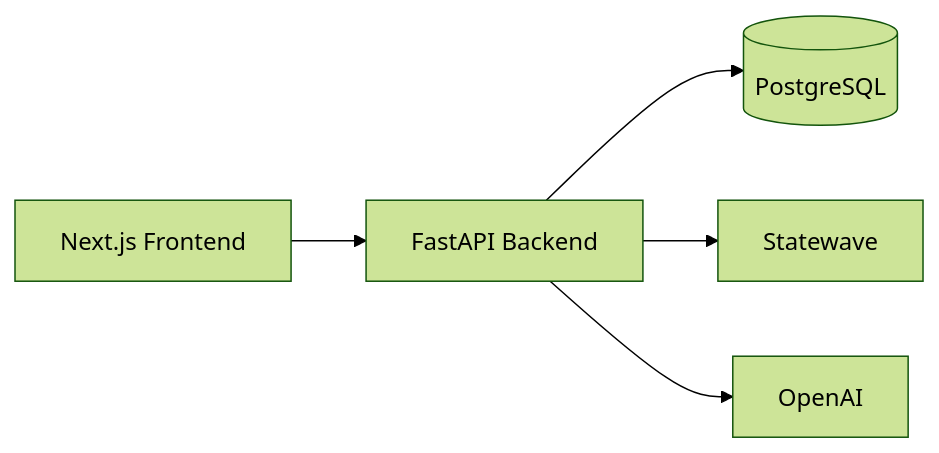
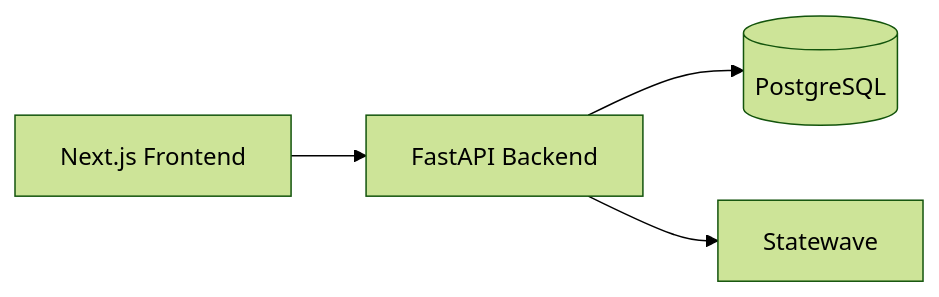
The diagram in docs/architecture.md (LIDR-academy/AI4Devs-finalproject), drawn with Mermaid (forest theme) before and after one commit. The commit also changed other lines of this file and 2 other files, not shown here.

Commit message:
feat: update README and architecture documentation to reflect Statewave LLM integration and remove OpenAI references

````diff
--- a/docs/architecture.md
+++ b/docs/architecture.md
@@ -11,7 +11,6 @@
 ```mermaid
 flowchart LR
 A[Next.js Frontend] --> B[FastAPI Backend]
 B --> C[(PostgreSQL)]
 B --> D[Statewave]
-B --> E[OpenAI]
 ```
````
